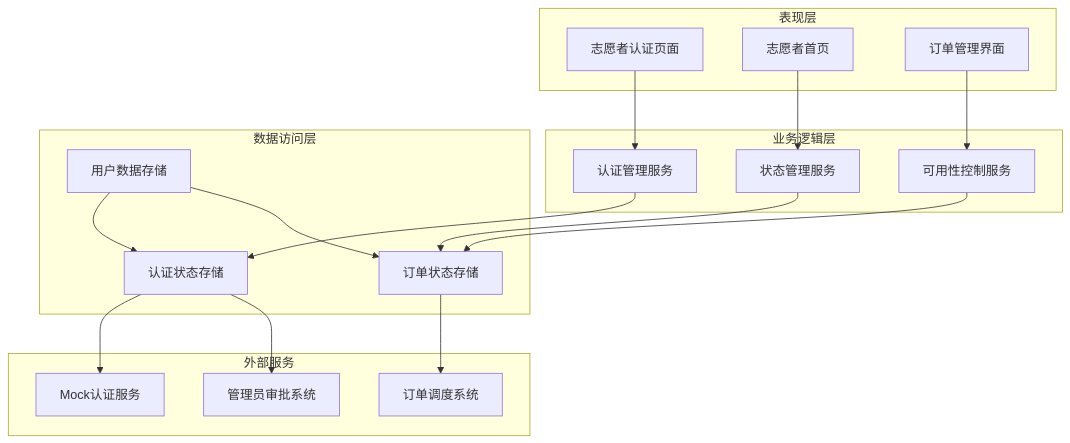
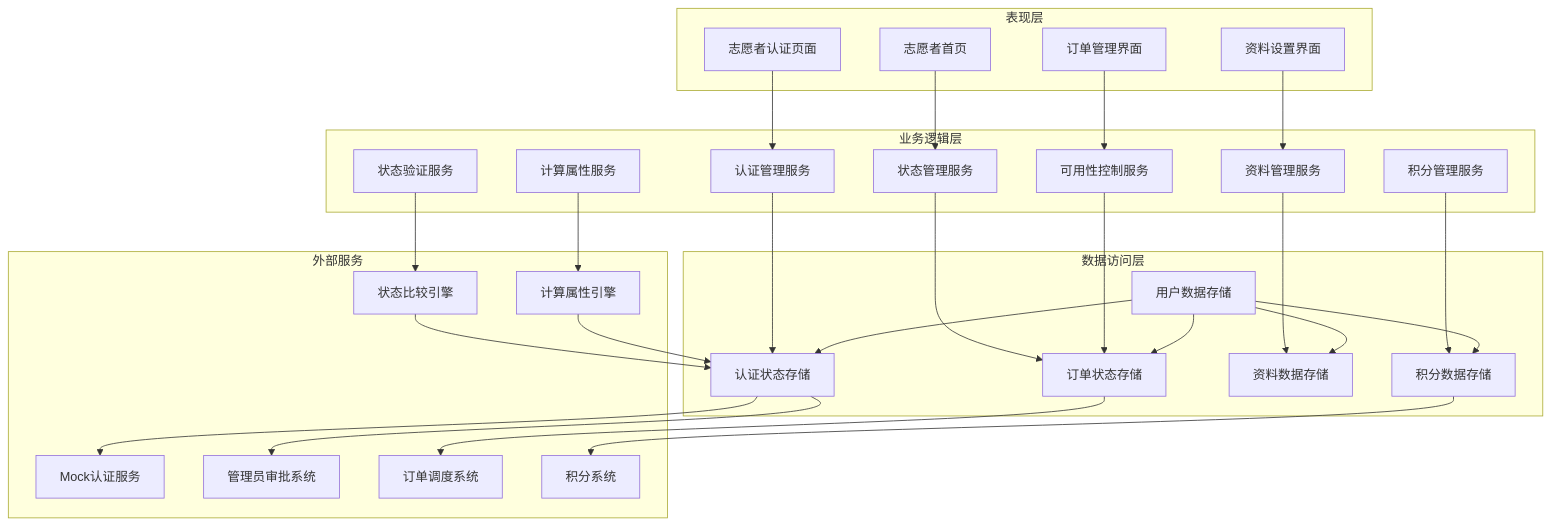
Before and after one commit to Jayden23018/blind-run-ios: the third of 21 diagrams in .qoder/repowiki/zh/content/核心功能模块/志愿者功能/志愿者认证管理.md, drawn with Mermaid. The commit also changed other lines of this file and 9 other files, not shown here.

````diff
--- a/.qoder/repowiki/zh/content/核心功能模块/志愿者功能/志愿者认证管理.md
+++ b/.qoder/repowiki/zh/content/核心功能模块/志愿者功能/志愿者认证管理.md
@@ -152,34 +176,54 @@
 ```mermaid
 graph TD
 subgraph "表现层"
 A[志愿者认证页面]
 B[志愿者首页]
 C[订单管理界面]
+D[资料设置界面]
 end
 subgraph "业务逻辑层"
-D[认证管理服务]
-E[状态管理服务]
-F[可用性控制服务]
+E[认证管理服务]
+F[状态管理服务]
+G[可用性控制服务]
+H[资料管理服务]
+I[积分管理服务]
+J[状态验证服务]
+K[计算属性服务]
 end
 subgraph "数据访问层"
-G[用户数据存储]
-H[认证状态存储]
-I[订单状态存储]
+L[用户数据存储]
+M[认证状态存储]
+N[订单状态存储]
+O[资料数据存储]
+P[积分数据存储]
 end
 subgraph "外部服务"
-J[Mock认证服务]
-K[管理员审批系统]
-L[订单调度系统]
+Q[Mock认证服务]
+R[管理员审批系统]
+S[订单调度系统]
+T[积分系统]
+U[状态比较引擎]
+V[计算属性引擎]
 end
-A --> D
-B --> E
-C --> F
+A --> E
+B --> F
+C --> G
 D --> H
-E --> I
-F --> I
-H --> J
-H --> K
-I --> L
-G --> H
-G --> I
+E --> M
+F --> N
+G --> N
+H --> O
+I --> P
+J --> U
+K --> V
+M --> Q
+M --> R
+N --> S
+P --> T
+L --> M
+L --> N
+L --> O
+L --> P
+U --> M
+V --> M
 ```
````
